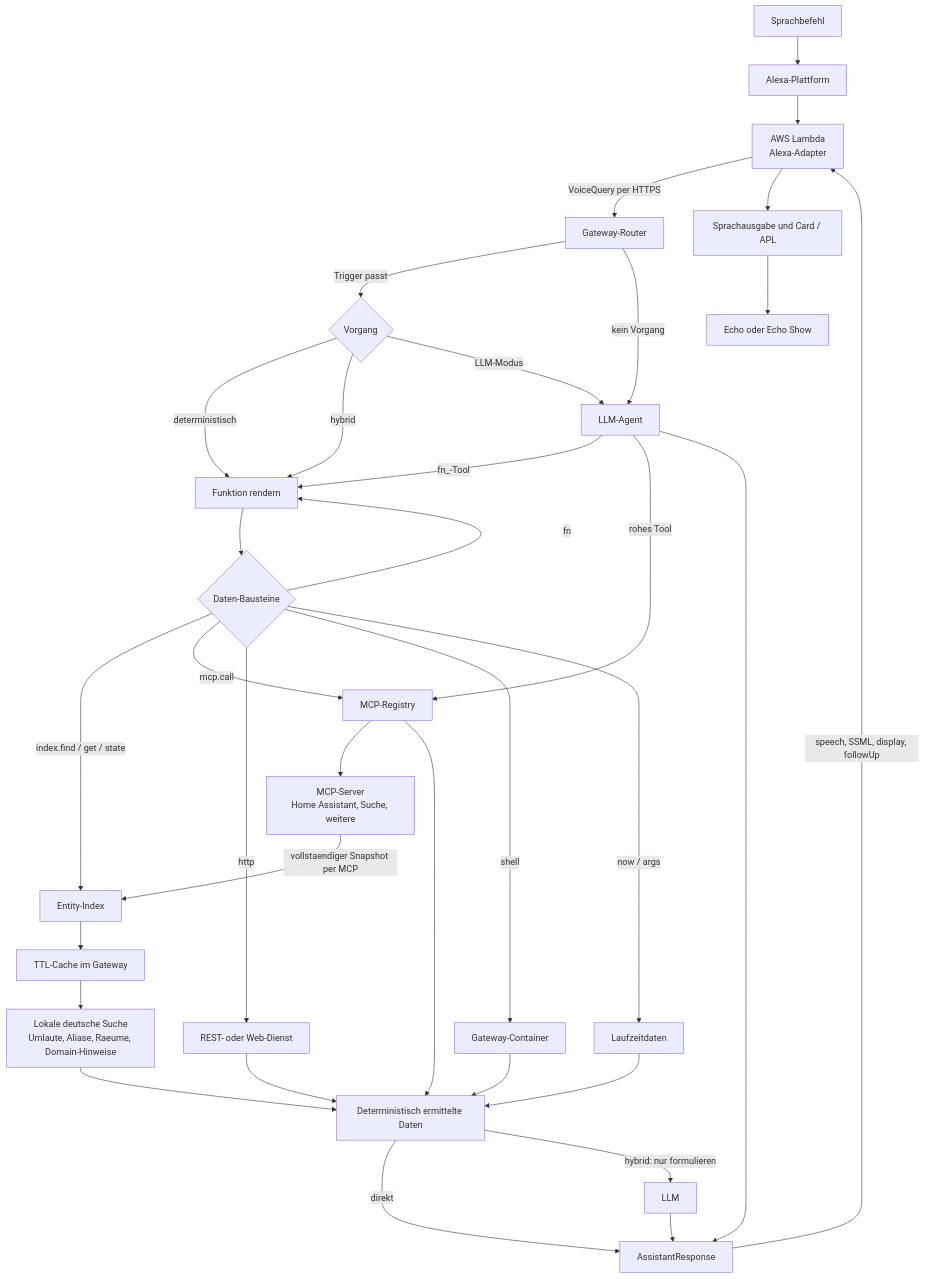
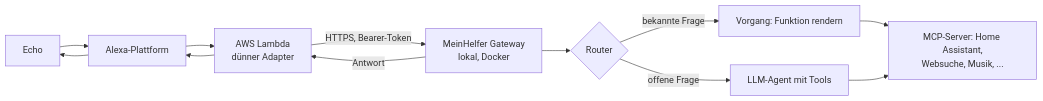
One commit to dezihh/meinhelfer changed the diagram in README.md. Above: the diagram before and after it, drawn with Mermaid. The commit also changed other lines of this file and 11 other files, not shown here.

````diff
--- a/README.md
+++ b/README.md
@@ -50,41 +21,11 @@
 ```mermaid
-flowchart TD
-  A[Sprachbefehl] --> B[Alexa-Plattform]
-  B --> C[AWS Lambda<br/>Alexa-Adapter]
-  C -->|VoiceQuery per HTTPS| D[Gateway-Router]
-
-  D -->|Trigger passt| E{Vorgang}
-  D -->|kein Vorgang| F[LLM-Agent]
-  E -->|deterministisch| G[Funktion rendern]
-  E -->|hybrid| G
-  E -->|LLM-Modus| F
-  F -->|fn_-Tool| G
-  F -->|rohes Tool| H[MCP-Registry]
-
-  G --> I{Daten-Bausteine}
-  I -->|index.find / get / state| J[Entity-Index]
-  I -->|mcp.call| H
-  I -->|http| K[REST- oder Web-Dienst]
-  I -->|shell| L[Gateway-Container]
-  I -->|fn| G
-  I -->|now / args| M[Laufzeitdaten]
-
-  H --> N[MCP-Server<br/>Home Assistant, Suche, weitere]
-  N -->|vollstaendiger Snapshot per MCP| J
-  J --> O[TTL-Cache im Gateway]
-  O --> P[Lokale deutsche Suche<br/>Umlaute, Aliase, Raeume, Domain-Hinweise]
-
-  P --> Q[Deterministisch ermittelte Daten]
-  H --> Q
-  K --> Q
-  L --> Q
-  M --> Q
-  Q -->|direkt| R[AssistantResponse]
-  Q -->|hybrid: nur formulieren| S[LLM]
-  S --> R
-  F --> R
-
-  R -->|speech, SSML, display, followUp| C
-  C --> T[Sprachausgabe und Card / APL]
-  T --> U[Echo oder Echo Show]
+flowchart LR
+    E[Echo] --> P[Alexa-Plattform] --> L[AWS Lambda<br/>dünner Adapter]
+    L -->|HTTPS, Bearer-Token| G[MeinHelfer Gateway<br/>lokal, Docker]
+    G --> R{Router}
+    R -->|bekannte Frage| V[Vorgang: Funktion rendern]
+    R -->|offene Frage| A[LLM-Agent mit Tools]
+    V --> M[MCP-Server: Home Assistant,<br/>Websuche, Musik, ...]
+    A --> M
+    G -->|Antwort| L --> P --> E
 ```
````
